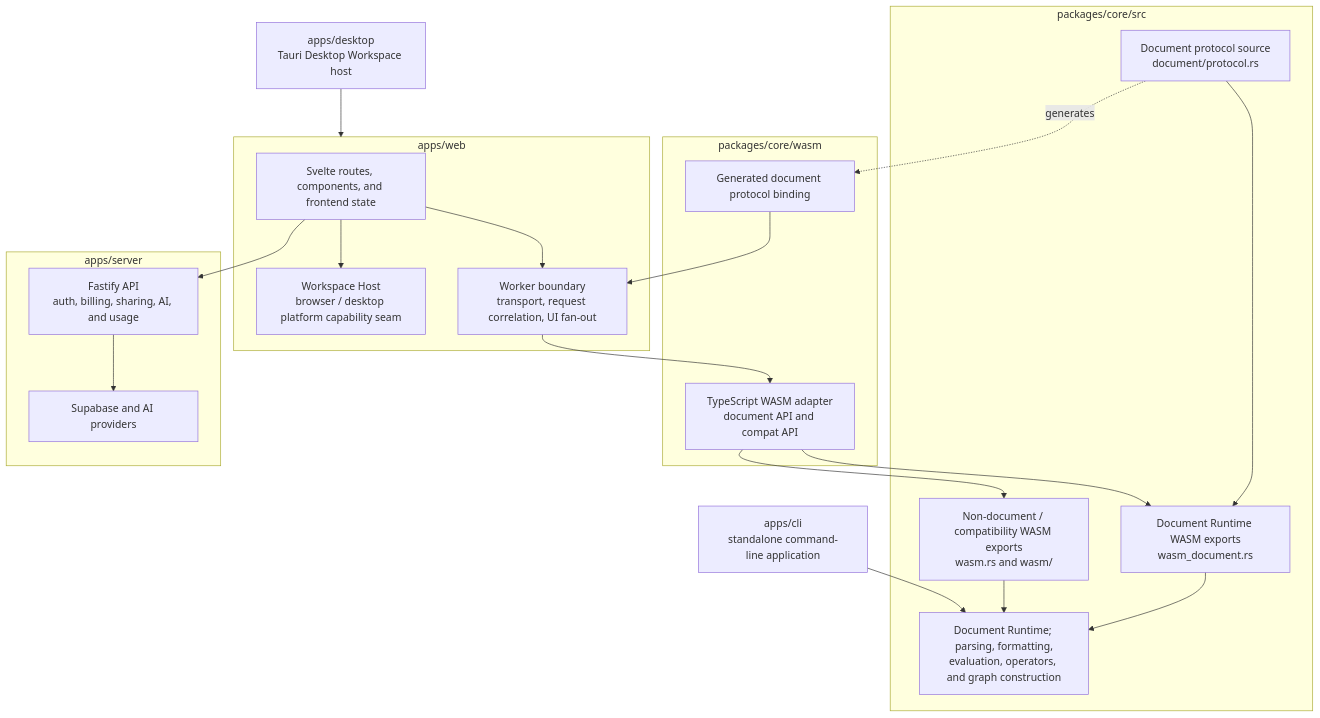
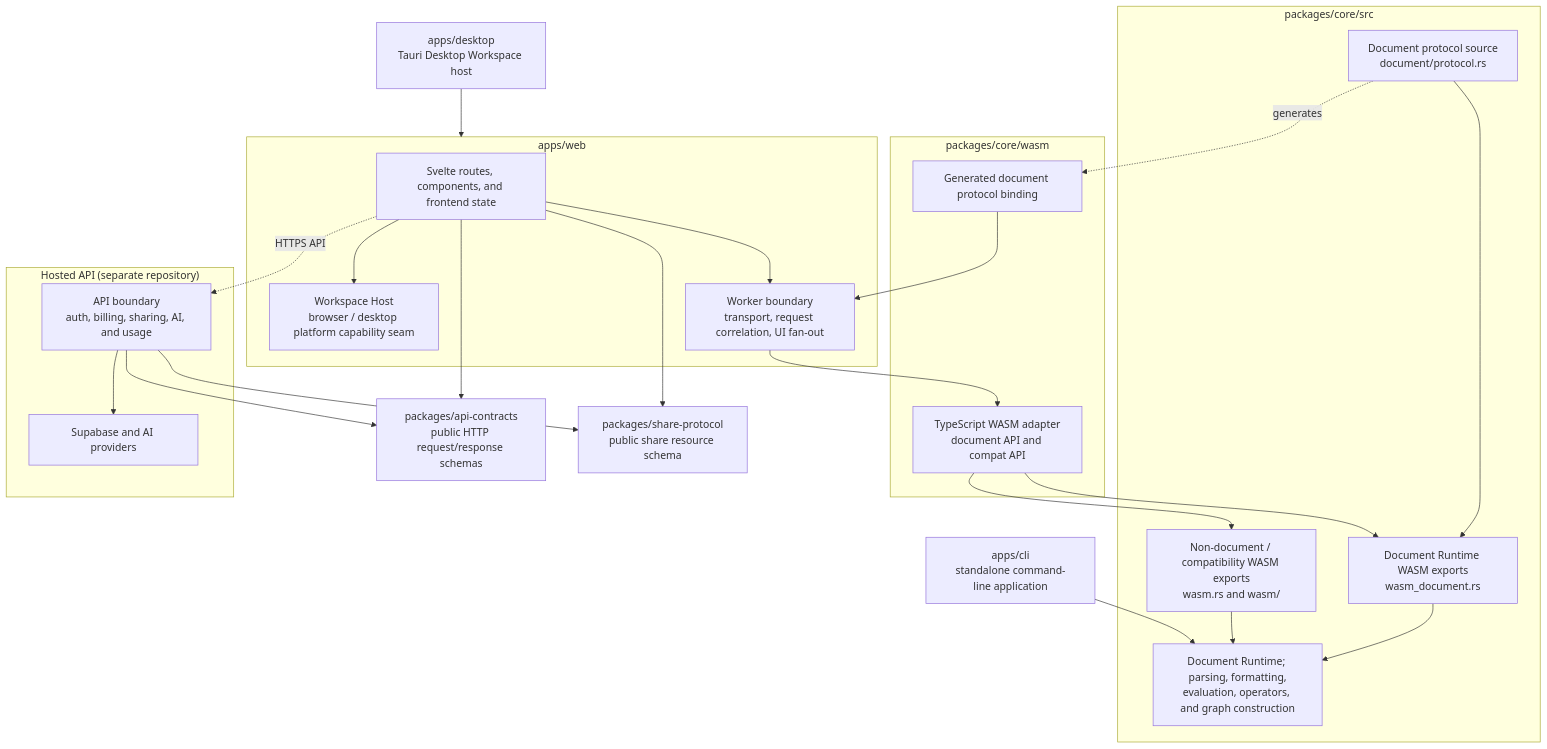
Before and after one commit to loggerhead/treease: the diagram in ARCHITECTURE.md, drawn with Mermaid. The commit also changed other lines of this file and 25 other files, not shown here.

Commit message:
refactor(split): prepare public repository boundary

````diff
--- a/ARCHITECTURE.md
+++ b/ARCHITECTURE.md
@@ -16,43 +16,49 @@
 ```mermaid
 flowchart TB
   Desktop["apps/desktop\nTauri Desktop Workspace host"] --> Web
 
   subgraph Web["apps/web"]
     WebUI["Svelte routes, components, and frontend state"]
     WorkspaceHost["Workspace Host\nbrowser / desktop platform capability seam"]
     Worker["Worker boundary\ntransport, request correlation, UI fan-out"]
     WebUI --> WorkspaceHost
     WebUI --> Worker
   end
 
   subgraph Wasm["packages/core/wasm"]
     WasmAdapter["TypeScript WASM adapter\ndocument API and compat API"]
     GeneratedProtocol["Generated document protocol binding"]
   end
 
   subgraph Core["packages/core/src"]
     DocumentWasm["Document Runtime WASM exports\nwasm_document.rs"]
     CompatWasm["Non-document / compatibility WASM exports\nwasm.rs and wasm/"]
     DocumentProtocol["Document protocol source\ndocument/protocol.rs"]
     CoreCapabilities["Document Runtime; parsing, formatting,\nevaluation, operators, and graph construction"]
     DocumentWasm --> CoreCapabilities
     CompatWasm --> CoreCapabilities
     DocumentProtocol --> DocumentWasm
   end
 
-  subgraph Server["apps/server"]
-    ServerApi["Fastify API\nauth, billing, sharing, AI, and usage"]
+  subgraph HostedApi["Hosted API (separate repository)"]
+    ServerApi["API boundary\nauth, billing, sharing, AI, and usage"]
     ExternalServices["Supabase and AI providers"]
     ServerApi --> ExternalServices
   end
 
+  ApiContracts["packages/api-contracts\npublic HTTP request/response schemas"]
+  ShareProtocol["packages/share-protocol\npublic share resource schema"]
   CLI["apps/cli\nstandalone command-line application"]
 
   Worker --> WasmAdapter
   GeneratedProtocol --> Worker
   WasmAdapter --> DocumentWasm
   WasmAdapter --> CompatWasm
   DocumentProtocol -. generates .-> GeneratedProtocol
-  WebUI --> ServerApi
+  WebUI --> ApiContracts
+  ServerApi --> ApiContracts
+  WebUI -. HTTPS API .-> ServerApi
+  WebUI --> ShareProtocol
+  ServerApi --> ShareProtocol
   CLI --> CoreCapabilities
 ```
````
